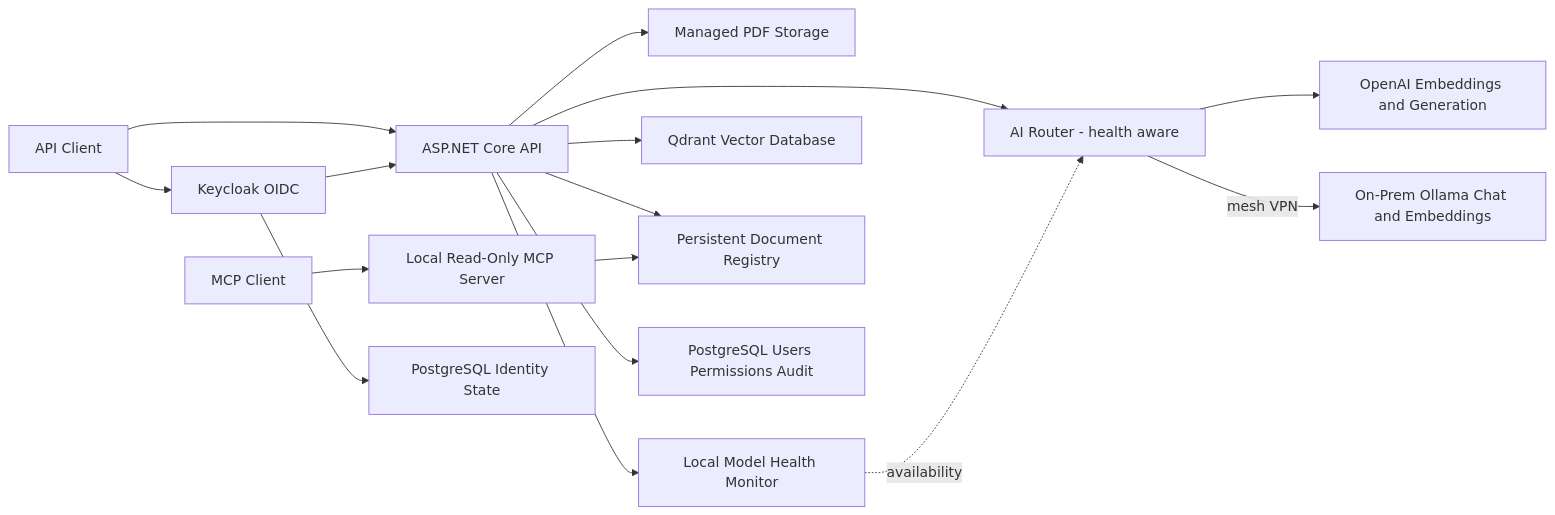
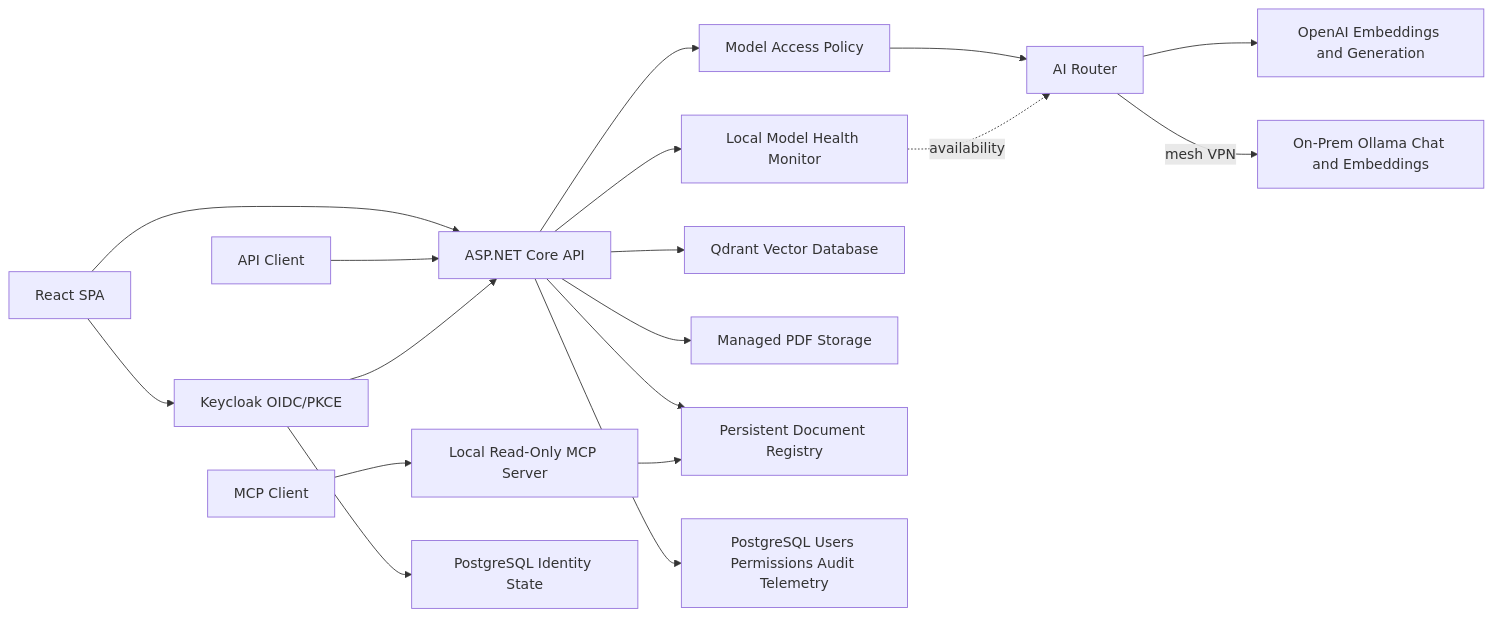
The diagram in README.md (ElieSaberGit/enterprise-ai-knowledge-assistant-portfolio), drawn with Mermaid before and after one commit. The commit also changed other lines of this file and 7 other files, not shown here.

````diff
--- a/README.md
+++ b/README.md
@@ -39,18 +146,20 @@
 ```mermaid
 flowchart LR
-    Client[API Client] --> Keycloak[Keycloak OIDC]
-    Client --> API[ASP.NET Core API]
+    Web[React SPA] --> Keycloak[Keycloak OIDC/PKCE]
+    Web --> API[ASP.NET Core API]
+    Client[API Client] --> API
     Keycloak --> API
     MCPClient[MCP Client] --> MCP[Local Read-Only MCP Server]
-    API --> Files[Managed PDF Storage]
+    API --> Policy[Model Access Policy]
+    Policy --> Router[AI Router]
     API --> Health[Local Model Health Monitor]
-    API --> Router[AI Router - health aware]
     Health -.availability.-> Router
     Router --> OpenAI[OpenAI Embeddings and Generation]
     Router -->|mesh VPN| Ollama[On-Prem Ollama Chat and Embeddings]
     API --> Qdrant[Qdrant Vector Database]
+    API --> Files[Managed PDF Storage]
     API --> Registry[Persistent Document Registry]
-    API --> AppDB[PostgreSQL Users Permissions Audit]
+    API --> AppDB[PostgreSQL Users Permissions Audit Telemetry]
     Keycloak --> IdentityDB[PostgreSQL Identity State]
     MCP --> Registry
 ```
````
